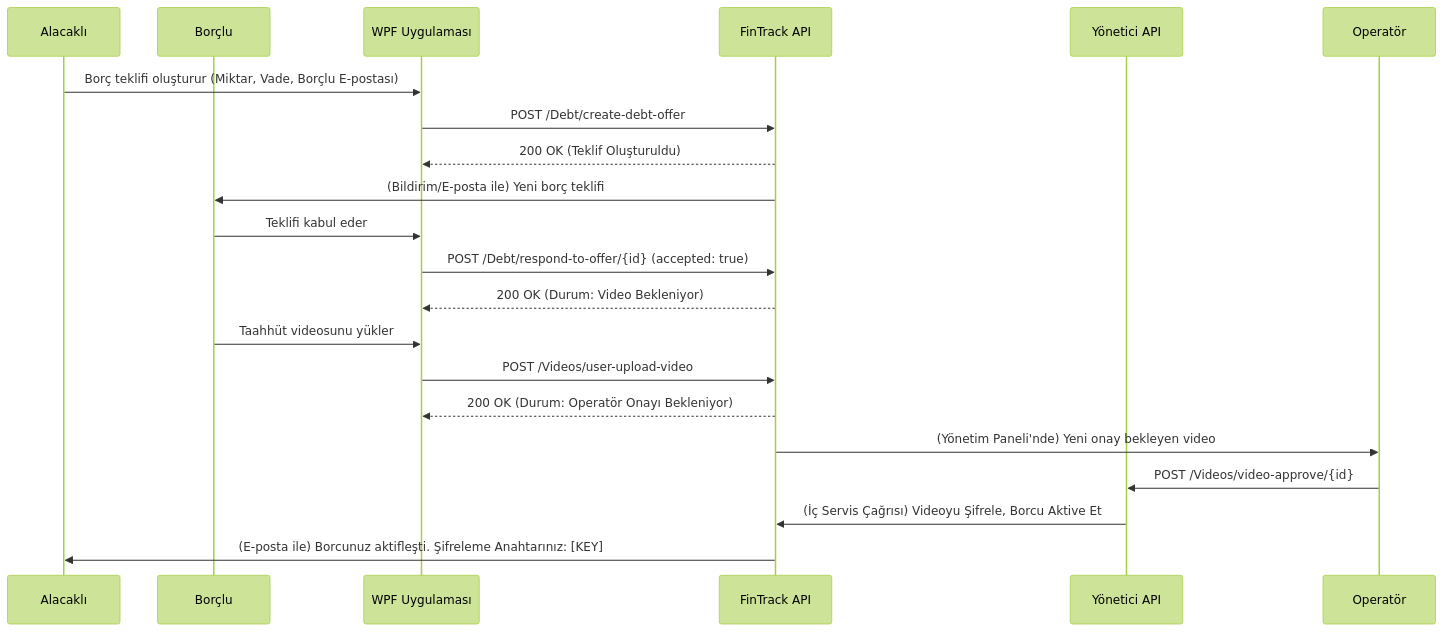
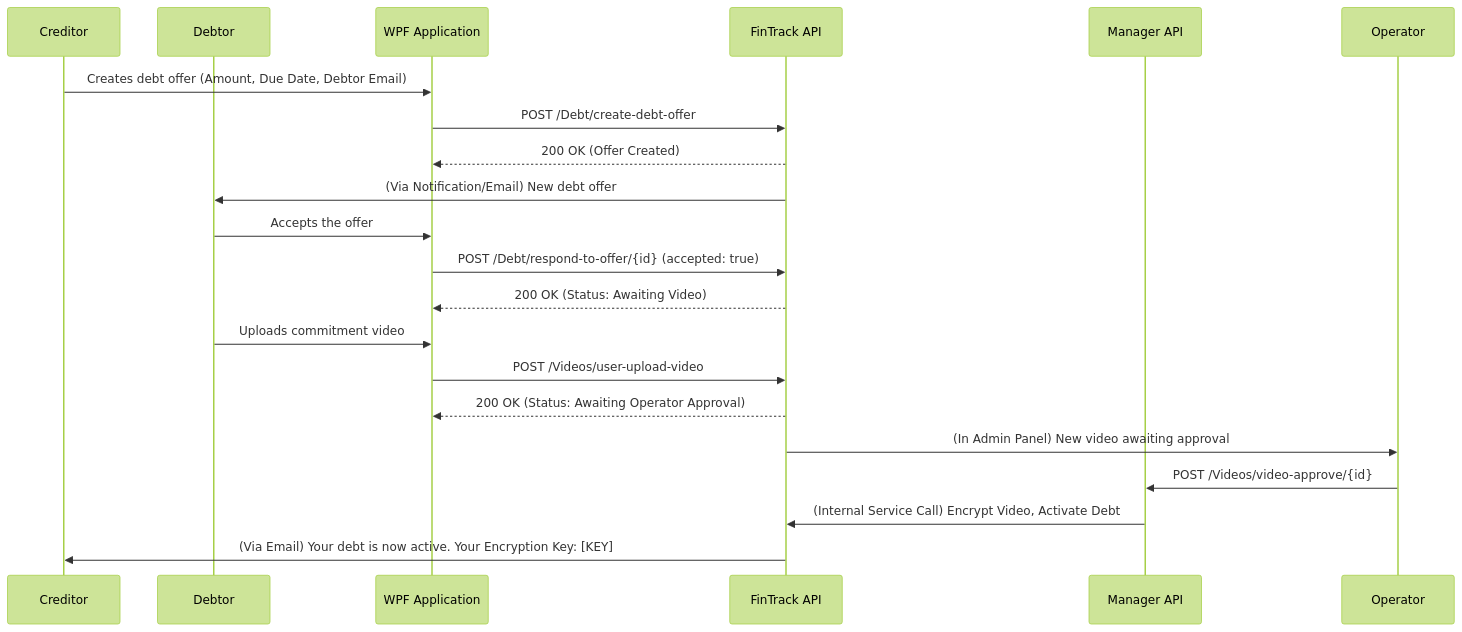
Before and after one commit to EnesEfeTokta/FinTrackWebApi: the third of 4 diagrams in docs/ARCHITECTURE.md, drawn with Mermaid (forest theme). The commit also changed other lines of this file and 12 other files, not shown here.

First line of the commit message:
refactor: Refactor registration flow and update documentation

````diff
--- a/docs/ARCHITECTURE.md
+++ b/docs/ARCHITECTURE.md
@@ -158,27 +158,27 @@
 ```mermaid
 sequenceDiagram
-    participant Lender as Alacaklı
-    participant Borrower as Borçlu
-    participant ClientApp as WPF Uygulaması
+    participant Lender as Creditor
+    participant Borrower as Debtor
+    participant ClientApp as WPF Application
     participant API as FinTrack API
-    participant AdminAPI as Yönetici API
-    participant Operator as Operatör
+    participant AdminAPI as Manager API
+    participant Operator
 
-    Lender->>ClientApp: Borç teklifi oluşturur (Miktar, Vade, Borçlu E-postası)
+    Lender->>ClientApp: Creates debt offer (Amount, Due Date, Debtor Email)
     ClientApp->>API: POST /Debt/create-debt-offer
-    API-->>ClientApp: 200 OK (Teklif Oluşturuldu)
-    API->>Borrower: (Bildirim/E-posta ile) Yeni borç teklifi
+    API-->>ClientApp: 200 OK (Offer Created)
+    API->>Borrower: (Via Notification/Email) New debt offer
 
-    Borrower->>ClientApp: Teklifi kabul eder
+    Borrower->>ClientApp: Accepts the offer
     ClientApp->>API: POST /Debt/respond-to-offer/{id} (accepted: true)
-    API-->>ClientApp: 200 OK (Durum: Video Bekleniyor)
+    API-->>ClientApp: 200 OK (Status: Awaiting Video)
 
-    Borrower->>ClientApp: Taahhüt videosunu yükler
+    Borrower->>ClientApp: Uploads commitment video
     ClientApp->>API: POST /Videos/user-upload-video
-    API-->>ClientApp: 200 OK (Durum: Operatör Onayı Bekleniyor)
+    API-->>ClientApp: 200 OK (Status: Awaiting Operator Approval)
     
-    API->>Operator: (Yönetim Paneli'nde) Yeni onay bekleyen video
+    API->>Operator: (In Admin Panel) New video awaiting approval
     Operator->>AdminAPI: POST /Videos/video-approve/{id}
-    AdminAPI->>API: (İç Servis Çağrısı) Videoyu Şifrele, Borcu Aktive Et
-    API->>Lender: (E-posta ile) Borcunuz aktifleşti. Şifreleme Anahtarınız: [KEY]
+    AdminAPI->>API: (Internal Service Call) Encrypt Video, Activate Debt
+    API->>Lender: (Via Email) Your debt is now active. Your Encryption Key: [KEY]
 ```
````
